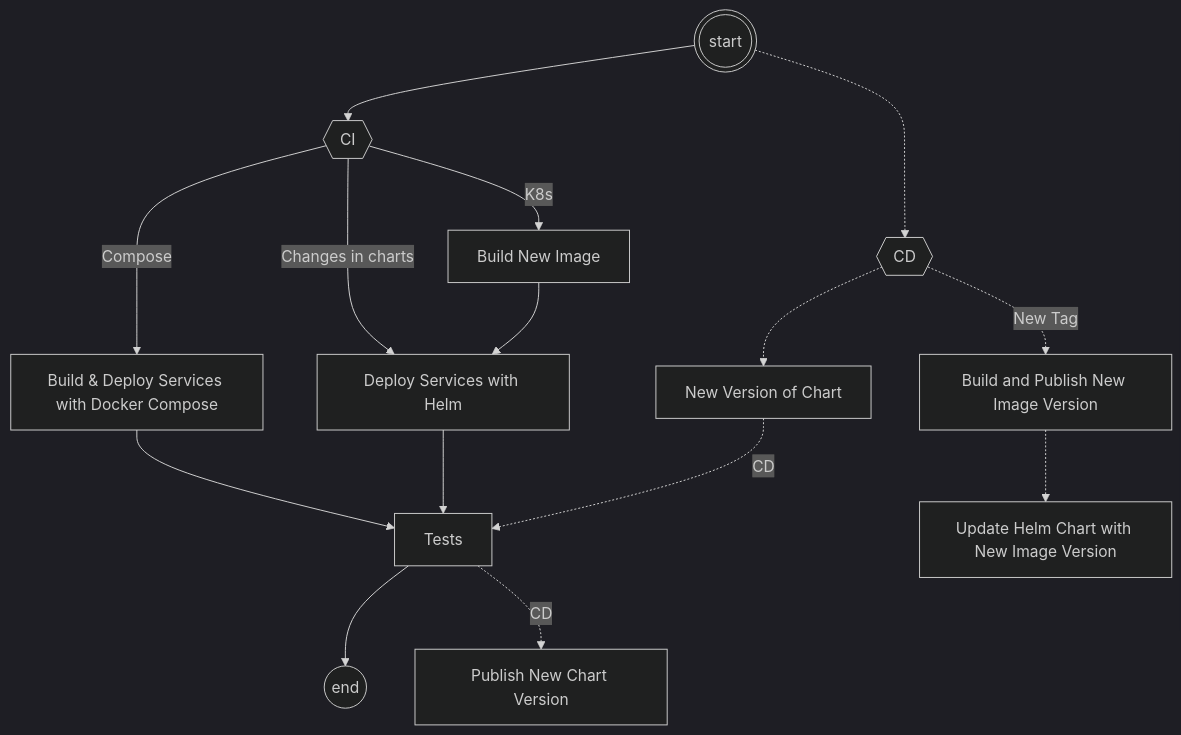
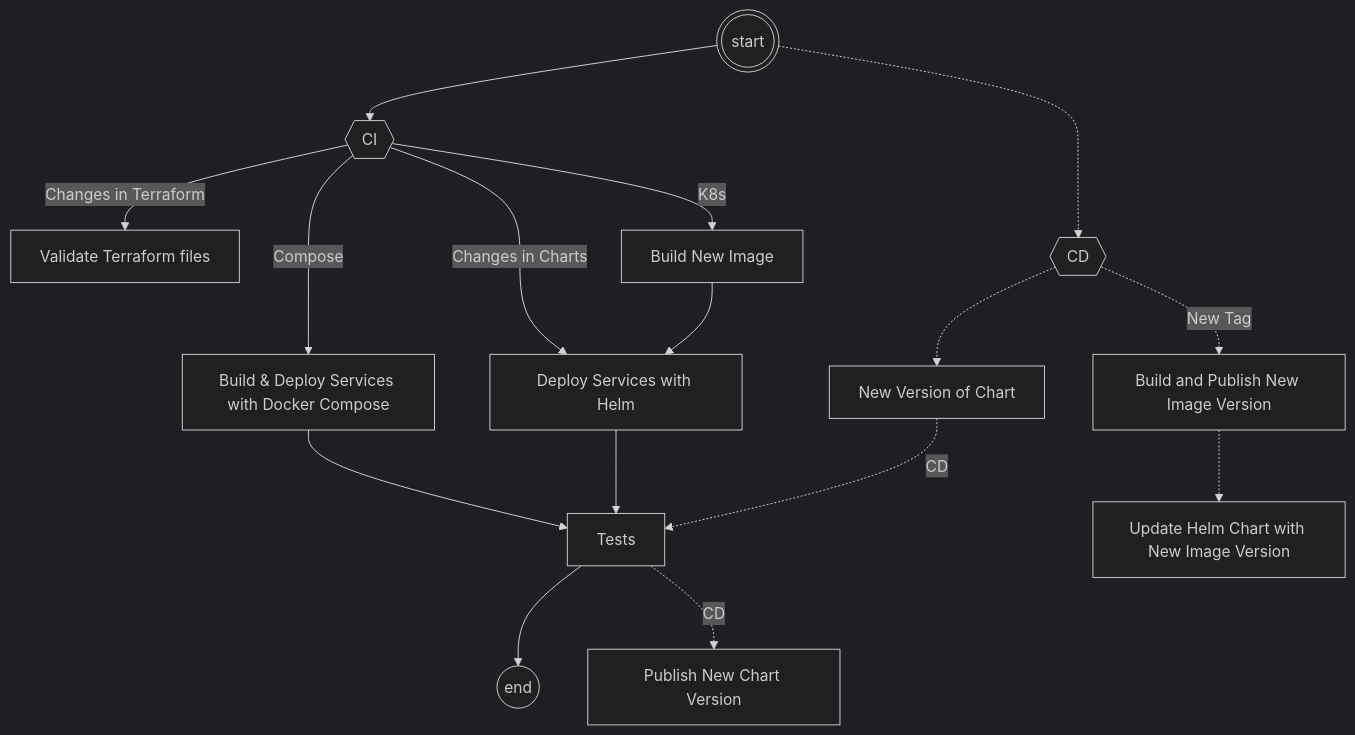
One commit to arthurjguerra/revwallet changed the second of 2 diagrams in README.md. Above: the diagram before and after it, drawn with Mermaid (dark theme). The commit also changed 2 other files, not shown here.

Commit message:
feat: implement tf ci (#155)

````diff
--- a/README.md
+++ b/README.md
@@ -124,19 +124,20 @@
 ```mermaid
 flowchart TD
     start(((start))) --> CI
     CI{{CI}} --> |Compose| BuildAndDeployDockerCompose[Build & Deploy Services with Docker Compose]
     BuildAndDeployDockerCompose --> Tests
-    CI --> |Changes in charts| DeployServicesHelm
+    CI --> |Changes in Charts| DeployServicesHelm
+    CI --> |Changes in Terraform| TerraformValidation[Validate Terraform files]
     CI{{CI}} --> |K8s| BuildNewImage[Build New Image]
     BuildNewImage --> DeployServicesHelm[Deploy Services with Helm]
     DeployServicesHelm --> Tests
     Tests --> finish((end))
 
 
     start(((start))) -.-> CD{{CD}}
     CD -.-> NewChartVersion[New Version of Chart]
     NewChartVersion -.-> |CD| Tests
     Tests -.-> |CD| PublishNewChart[Publish New Chart Version]
     CD -.-> |New Tag| BuildNewImageVersion[Build and Publish New Image Version]
     BuildNewImageVersion -.-> UpdateHelmValues[Update Helm Chart with New Image Version]
 ```
````
